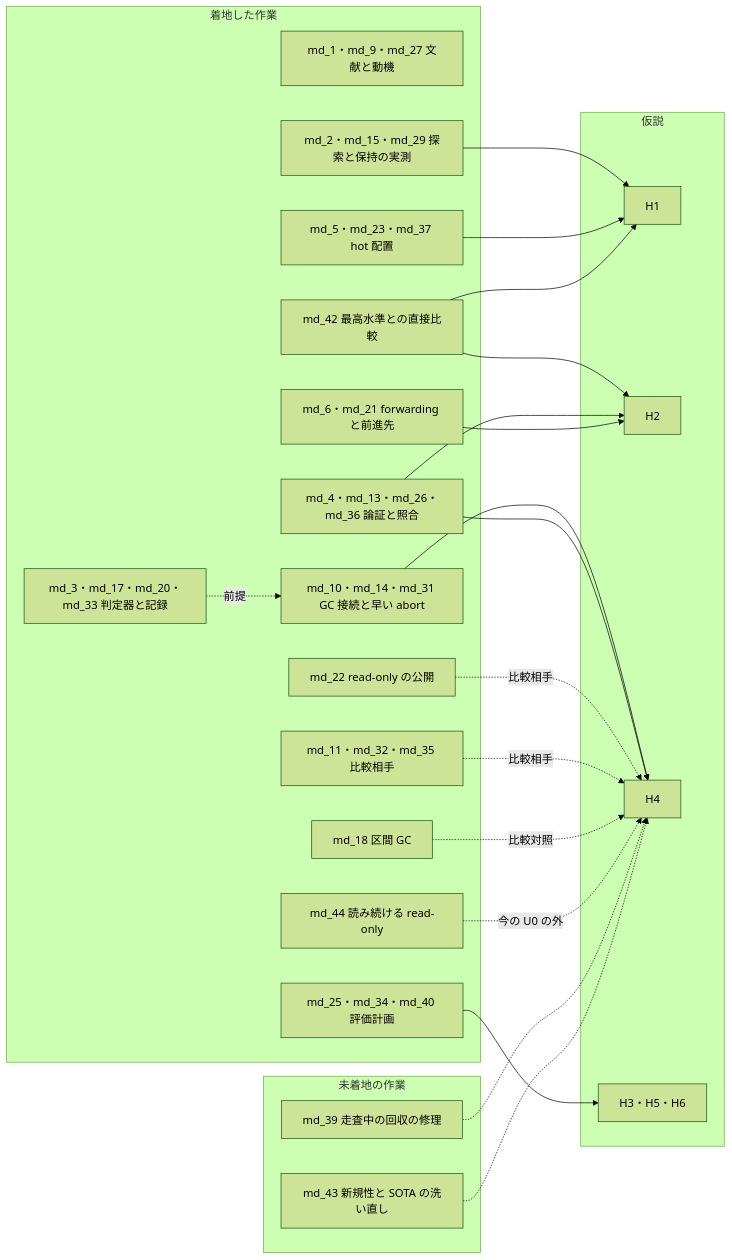
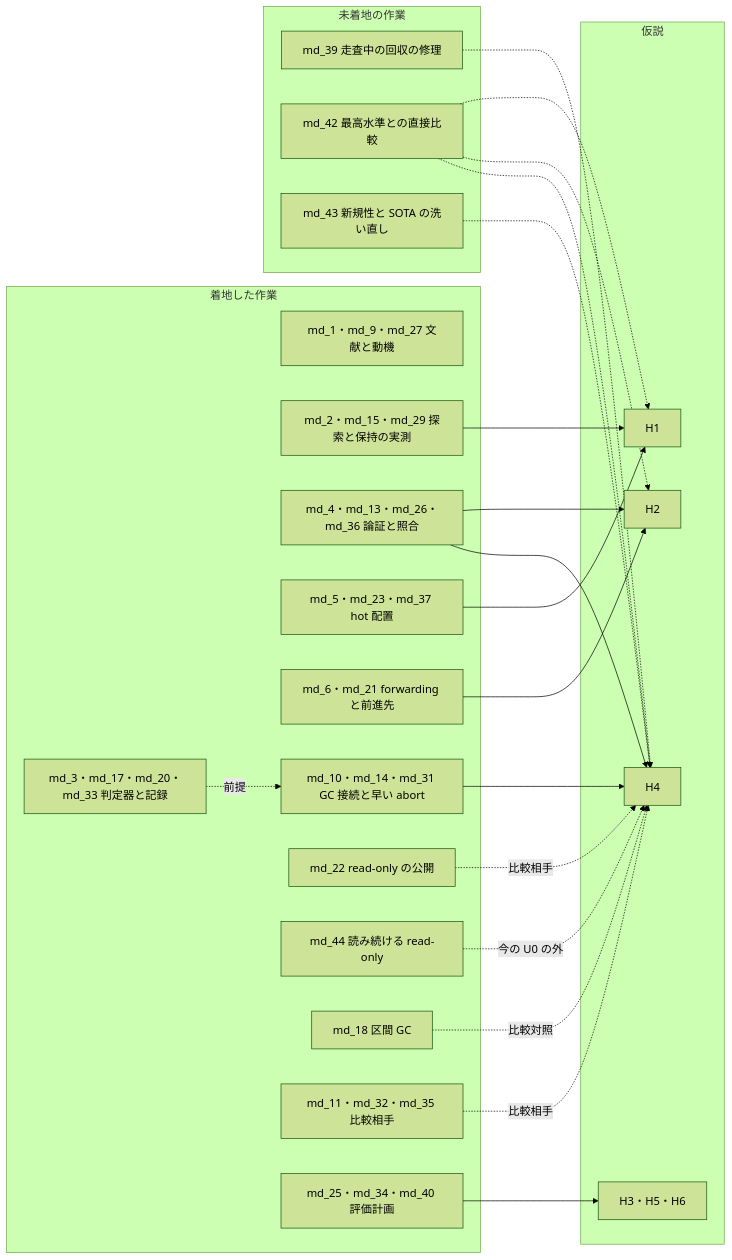
Before and after one commit to thawk105/izanagi: diagram 32 of 41 in docs/paper-story-vhash/2026-10-01.md, drawn with Mermaid (forest theme). The commit also changed other lines of this file and 4 other files, not shown here.

````diff
--- a/docs/paper-story-vhash/2026-10-01.md
+++ b/docs/paper-story-vhash/2026-10-01.md
@@ -1385,44 +1350,45 @@
 ```mermaid
 flowchart LR
   subgraph L["着地した作業"]
     w1["md_1・md_9・md_27 文献と動機"]
     w2["md_2・md_15・md_29 探索と保持の実測"]
     w3["md_3・md_17・md_20・md_33 判定器と記録"]
     w4["md_4・md_13・md_26・md_36 論証と照合"]
     w5["md_5・md_23・md_37 hot 配置"]
     w6["md_6・md_21 forwarding と前進先"]
     w10["md_10・md_14・md_31 GC 接続と早い abort"]
     w22["md_22 read-only の公開"]
-    w42["md_42 最高水準との直接比較"]
     w44["md_44 読み続ける read-only"]
     w18["md_18 区間 GC"]
     w35["md_11・md_32・md_35 比較相手"]
     w40["md_25・md_34・md_40 評価計画"]
   end
   subgraph P["未着地の作業"]
     p39["md_39 走査中の回収の修理"]
+    p42["md_42 最高水準との直接比較"]
     p43["md_43 新規性と SOTA の洗い直し"]
   end
   subgraph H["仮説"]
     h1["H1"]
     h2["H2"]
     h4["H4"]
     h3["H3・H5・H6"]
   end
   w2 --> h1
   w5 --> h1
-  w42 --> h1
-  w42 --> h2
+  p42 -.-> h1
+  p42 -.-> h2
+  p42 -.-> h4
   w4 --> h2
   w6 --> h2
   w10 --> h4
   w4 --> h4
   w22 -.比較相手.-> h4
   w35 -.比較相手.-> h4
   w18 -.比較対照.-> h4
   w44 -.今の U0 の外.-> h4
   w40 --> h3
   w3 -.前提.-> w10
   p39 -.-> h4
   p43 -.-> h4
 ```
````
